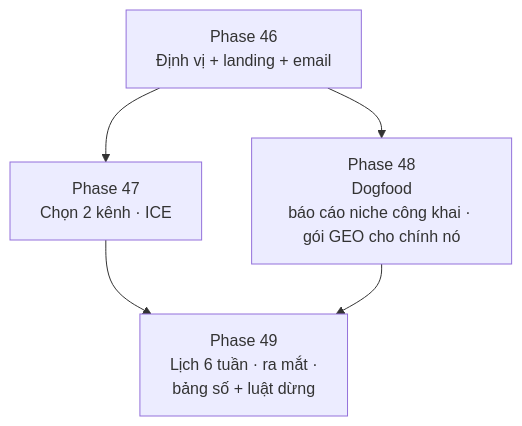
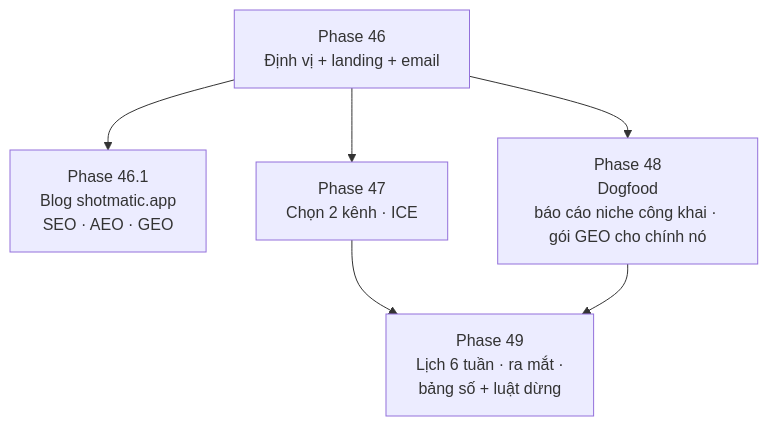
The diagram in docs/web/version-11.md (nvminhtu/niche-radar-docs), drawn with Mermaid before and after one commit. The commit also changed other lines of this file and 4 other files, not shown here.

Commit message:
docs: sync — Phase 10 English mặc định vào main, plan Phase 46.1 Landing + blog

````diff
--- a/docs/web/version-11.md
+++ b/docs/web/version-11.md
@@ -21,6 +21,7 @@
 ```mermaid
 flowchart TB
+  P[Phase 46<br/>Định vị + landing + email] --> BL[Phase 46.1<br/>Blog shotmatic.app<br/>SEO · AEO · GEO]
   P[Phase 46<br/>Định vị + landing + email] --> C[Phase 47<br/>Chọn 2 kênh · ICE]
   P --> D[Phase 48<br/>Dogfood<br/>báo cáo niche công khai · gói GEO cho chính nó]
   C & D --> S[Phase 49<br/>Lịch 6 tuần · ra mắt ·<br/>bảng số + luật dừng]
 ```
````
